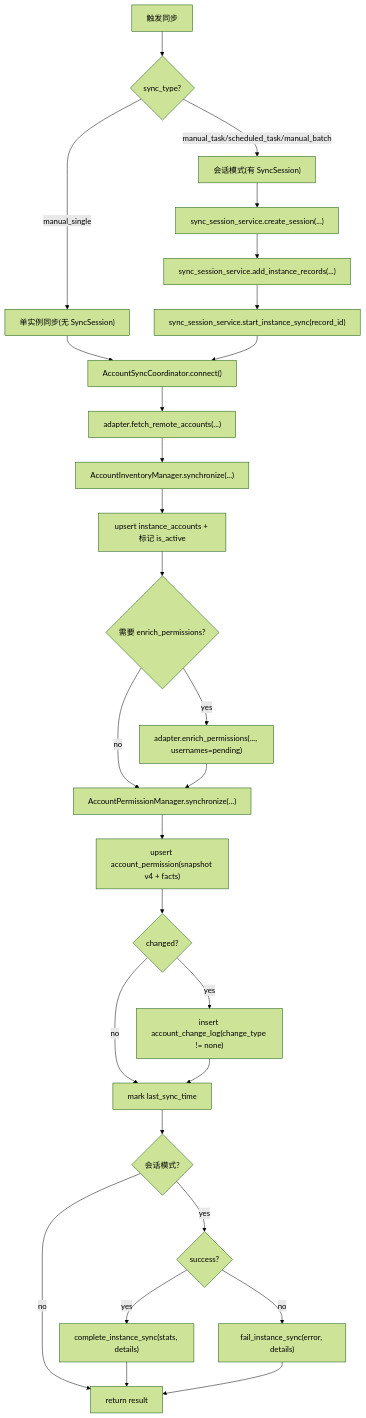
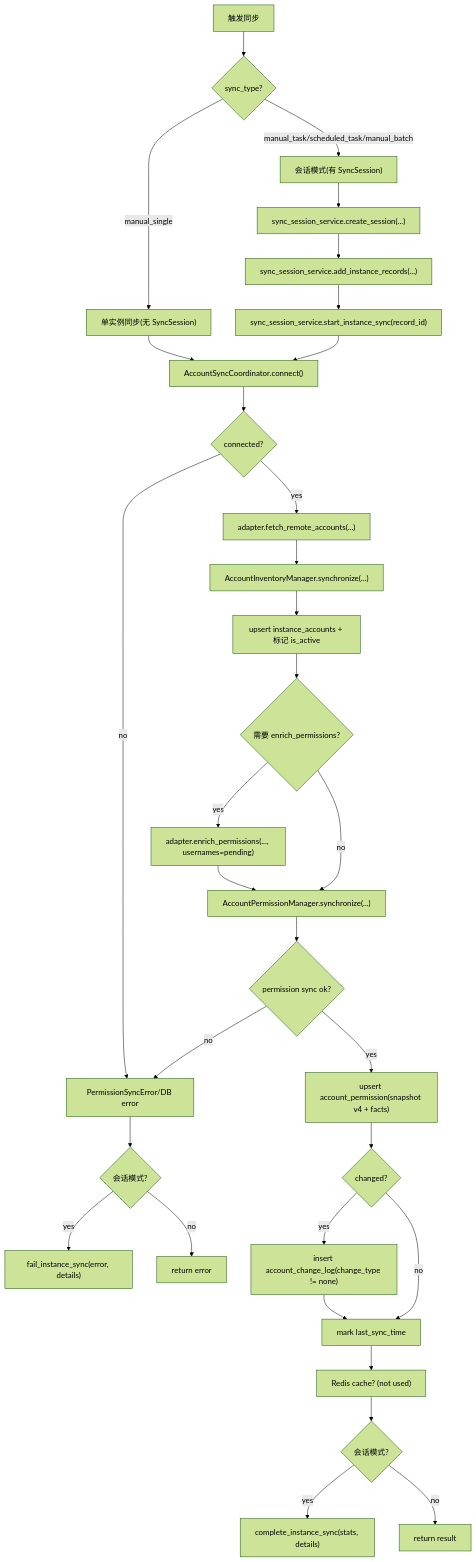
The third of 11 diagrams in docs/architecture/accounts-permissions-domain.md (nyealovey/WhaleFall), drawn with Mermaid (forest theme) before and after one commit. The commit also changed other lines of this file, not shown here.

````diff
--- a/docs/architecture/accounts-permissions-domain.md
+++ b/docs/architecture/accounts-permissions-domain.md
@@ -193,33 +239,41 @@
 ```mermaid
 flowchart TD
   Start["触发同步"] --> Mode{"sync_type?"}
   Mode -->|manual_single| Single["单实例同步(无 SyncSession)"]
   Mode -->|manual_task/scheduled_task/manual_batch| Session["会话模式(有 SyncSession)"]
 
   Single --> C1["AccountSyncCoordinator.connect()"]
   Session --> SessCreate["sync_session_service.create_session(...)"]
   SessCreate --> RecAdd["sync_session_service.add_instance_records(...)"]
   RecAdd --> RecStart["sync_session_service.start_instance_sync(record_id)"]
   RecStart --> C1
 
-  C1 --> Fetch["adapter.fetch_remote_accounts(...)"]
+  C1 --> ConnOK{"connected?"}
+  ConnOK -->|no| Err["连接失败/异常"]
+  ConnOK -->|yes| Fetch["adapter.fetch_remote_accounts(...)"]
+
   Fetch --> Inv["AccountInventoryManager.synchronize(...)"]
   Inv --> IA["upsert instance_accounts + 标记 is_active"]
   IA --> Enrich{"需要 enrich_permissions?"}
   Enrich -->|yes| EnrichCall["adapter.enrich_permissions(..., usernames=pending)"]
   Enrich -->|no| Perm["AccountPermissionManager.synchronize(...)"]
   EnrichCall --> Perm
-  Perm --> AP["upsert account_permission(snapshot v4 + facts)"]
+
+  Perm --> PermOK{"permission sync ok?"}
+  PermOK -->|no| Err["PermissionSyncError/DB error"]
+  PermOK -->|yes| AP["upsert account_permission(snapshot v4 + facts)"]
+
   AP --> Diff{"changed?"}
   Diff -->|yes| Log["insert account_change_log(change_type != none)"]
   Diff -->|no| Done["mark last_sync_time"]
   Log --> Done
 
-  Done --> End{"会话模式?"}
-  End -->|yes| RecEnd{"success?"}
-  RecEnd -->|yes| RecOK["complete_instance_sync(stats, details)"]
-  RecEnd -->|no| RecFail["fail_instance_sync(error, details)"]
-  End -->|no| Return["return result"]
-  RecOK --> Return
-  RecFail --> Return
+  Done --> Cache["Redis cache? (not used)"]
+  Cache --> EndMode{"会话模式?"}
+  EndMode -->|yes| RecOK["complete_instance_sync(stats, details)"]
+  EndMode -->|no| ReturnOK["return result"]
+
+  Err --> EndErr{"会话模式?"}
+  EndErr -->|yes| RecFail["fail_instance_sync(error, details)"]
+  EndErr -->|no| ReturnFail["return error"]
 ```
````
